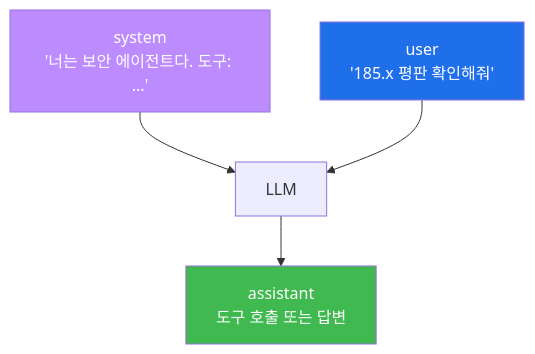
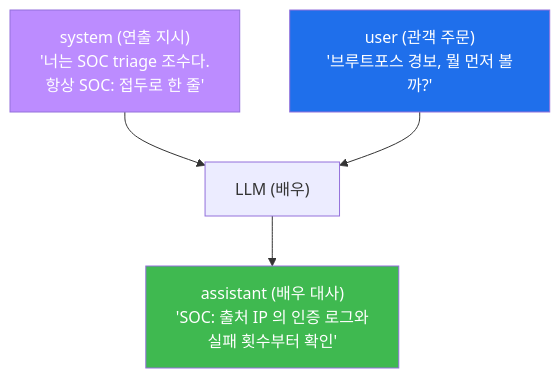
Before and after one commit to mrgrit/tw2: the first of 9 diagrams in contents/training/aisec/lecture_week02.md, drawn with Mermaid. The commit also changed other lines of this file and 304 other files, not shown here.

````diff
--- a/contents/training/aisec/lecture_week02.md
+++ b/contents/training/aisec/lecture_week02.md
@@ -51,9 +93,9 @@
 ```mermaid
 graph TD
-    S["system<br/>'너는 보안 에이전트다. 도구: ...'"] --> LLM
-    U["user<br/>'185.x 평판 확인해줘'"] --> LLM
-    LLM["LLM"] --> A["assistant<br/>도구 호출 또는 답변"]
+    S["system (연출 지시)<br/>'너는 SOC triage 조수다.<br/>항상 SOC: 접두로 한 줄'"] --> LLM["LLM (배우)"]
+    U["user (관객 주문)<br/>'브루트포스 경보, 뭘 먼저 볼까?'"] --> LLM
+    LLM --> A["assistant (배우 대사)<br/>'SOC: 출처 IP 의 인증 로그와<br/>실패 횟수부터 확인'"]
     style S fill:#bc8cff,color:#fff
     style U fill:#1f6feb,color:#fff
     style A fill:#3fb950,color:#fff
 ```
````
